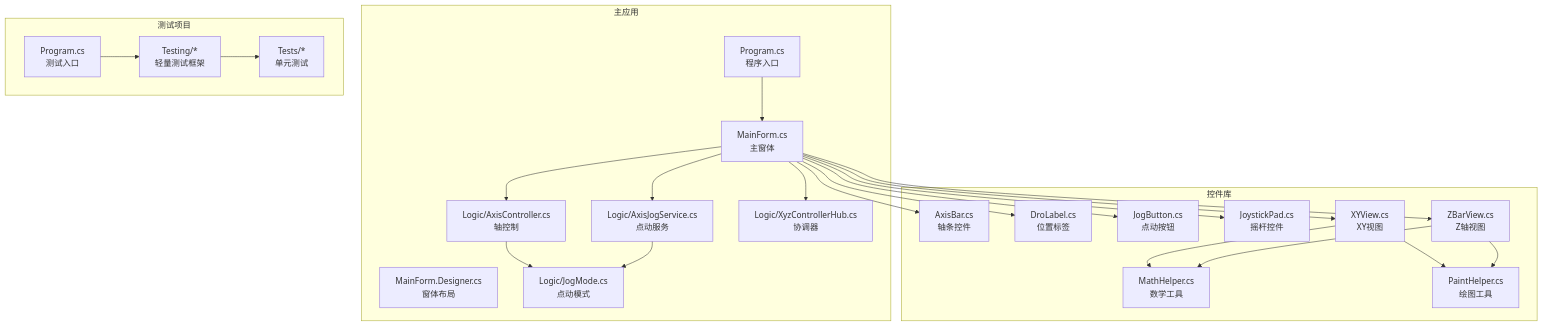
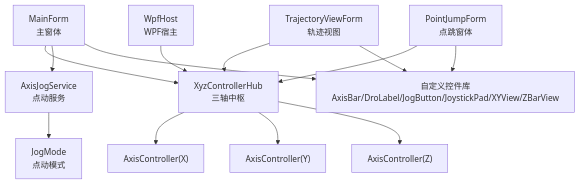
Before and after one commit to fuweiq94-cloud/3399180760: the second of 7 diagrams in .qoder/repowiki/zh/content/项目概述.md, drawn with Mermaid. The commit also changed other lines of this file and 94 other files, not shown here.

First line of the commit message:
docs(api): 添加完整 XyzController API 接口文档

````diff
--- a/.qoder/repowiki/zh/content/项目概述.md
+++ b/.qoder/repowiki/zh/content/项目概述.md
@@ -53,45 +132,26 @@
 ```mermaid
 graph TB
-subgraph "主应用"
-A["Program.cs<br/>程序入口"]
-B["MainForm.cs<br/>主窗体"]
-C["MainForm.Designer.cs<br/>窗体布局"]
-D["Logic/AxisController.cs<br/>轴控制"]
-E["Logic/AxisJogService.cs<br/>点动服务"]
-F["Logic/JogMode.cs<br/>点动模式"]
-G["Logic/XyzControllerHub.cs<br/>协调器"]
-end
-subgraph "控件库"
-H["AxisBar.cs<br/>轴条控件"]
-I["DroLabel.cs<br/>位置标签"]
-J["JogButton.cs<br/>点动按钮"]
-K["JoystickPad.cs<br/>摇杆控件"]
-L["XYView.cs<br/>XY视图"]
-M["ZBarView.cs<br/>Z轴视图"]
-N["MathHelper.cs<br/>数学工具"]
-O["PaintHelper.cs<br/>绘图工具"]
-end
-subgraph "测试项目"
-P["Program.cs<br/>测试入口"]
-Q["Testing/*<br/>轻量测试框架"]
-R["Tests/*<br/>单元测试"]
-end
-A --> B
-B --> D
-B --> E
-B --> G
-B --> H
-B --> I
-B --> J
-B --> K
-B --> L
-B --> M
-D --> F
-E --> F
-L --> N
-L --> O
-M --> N
-M --> O
-P --> Q
-Q --> R
+Hub["XyzControllerHub<br/>三轴中枢"]
+AC_X["AxisController(X)"]
+AC_Y["AxisController(Y)"]
+AC_Z["AxisController(Z)"]
+Jog["AxisJogService<br/>点动服务"]
+Mode["JogMode<br/>点动模式"]
+Main["MainForm<br/>主窗体"]
+TV["TrajectoryViewForm<br/>轨迹视图"]
+PJ["PointJumpForm<br/>点跳窗体"]
+CtrlLib["自定义控件库<br/>AxisBar/DroLabel/JogButton/JoystickPad/XYView/ZBarView"]
+WPFHost["WpfHost<br/>WPF宿主"]
+Main --> Hub
+TV --> Hub
+PJ --> Hub
+WPFHost --> Hub
+Hub --> AC_X
+Hub --> AC_Y
+Hub --> AC_Z
+Jog --> Mode
+Main --> Jog
+Main --> CtrlLib
+TV --> CtrlLib
+PJ --> CtrlLib
 ```
````
